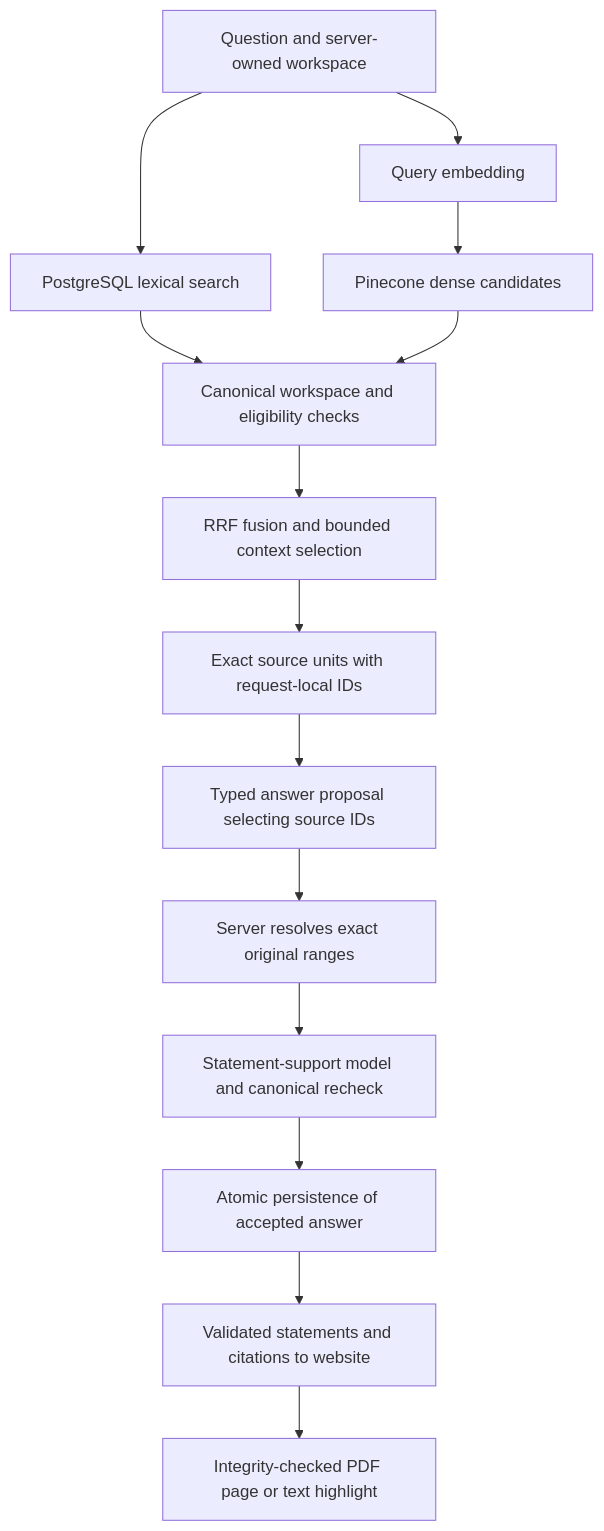
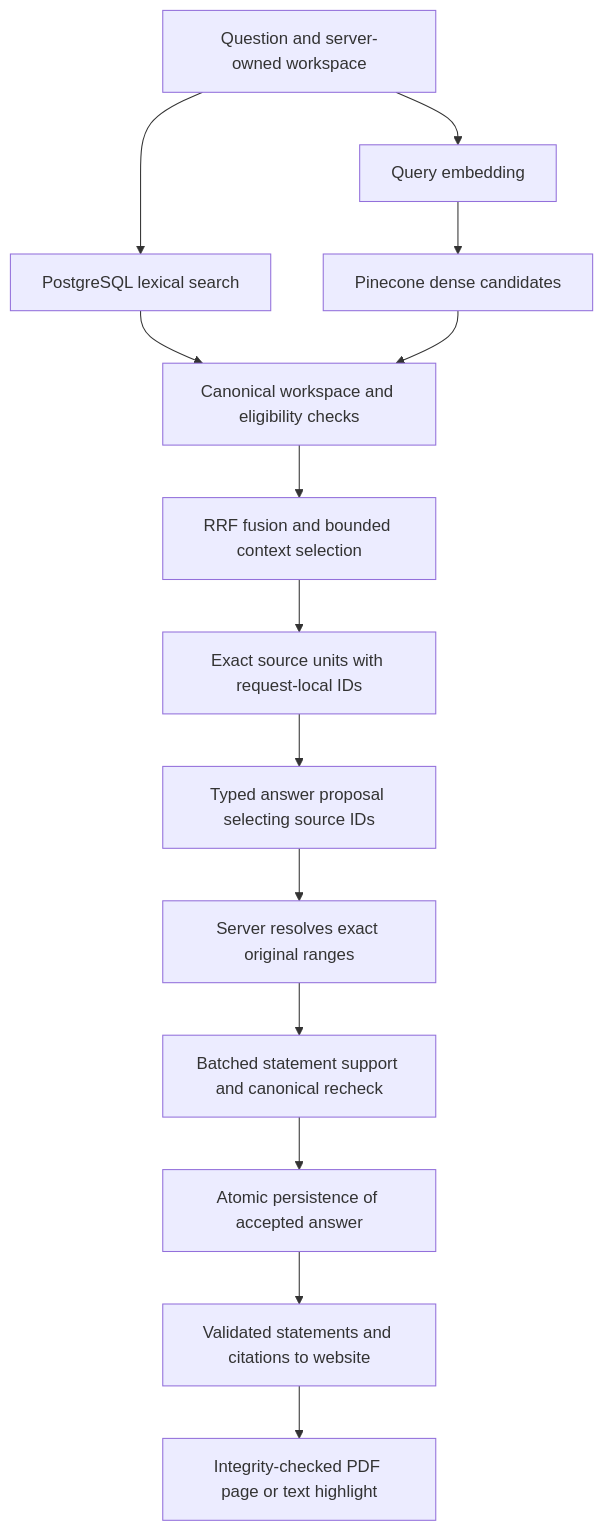
Before and after one commit to rnkraus/investment-research: the diagram in docs/14-m1-5-portfolio.md, drawn with Mermaid. The commit also changed other lines of this file and 2 other files, not shown here.

````diff
--- a/docs/14-m1-5-portfolio.md
+++ b/docs/14-m1-5-portfolio.md
@@ -23,16 +23,16 @@
 ```mermaid
 flowchart TD
     Q[Question and server-owned workspace] --> L[PostgreSQL lexical search]
     Q --> E[Query embedding]
     E --> D[Pinecone dense candidates]
     L --> C[Canonical workspace and eligibility checks]
     D --> C
     C --> R[RRF fusion and bounded context selection]
     R --> U[Exact source units with request-local IDs]
     U --> A[Typed answer proposal selecting source IDs]
     A --> S[Server resolves exact original ranges]
-    S --> V[Statement-support model and canonical recheck]
+    S --> V[Batched statement support and canonical recheck]
     V --> P[Atomic persistence of accepted answer]
     P --> W[Validated statements and citations to website]
     W --> O[Integrity-checked PDF page or text highlight]
 ```
````
